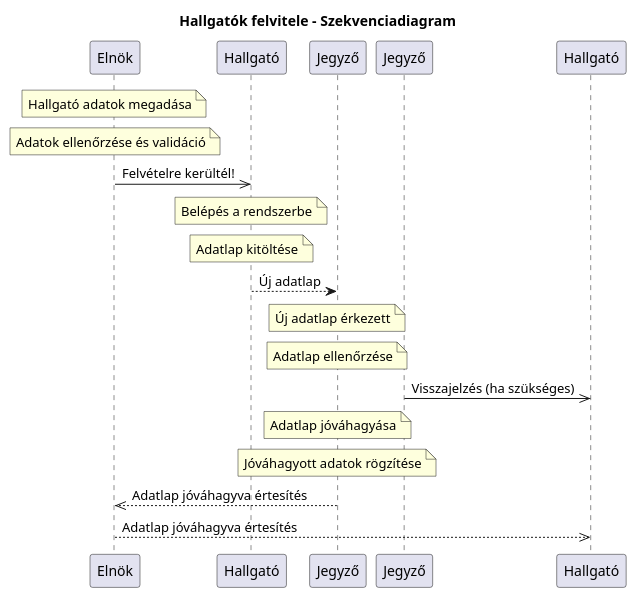
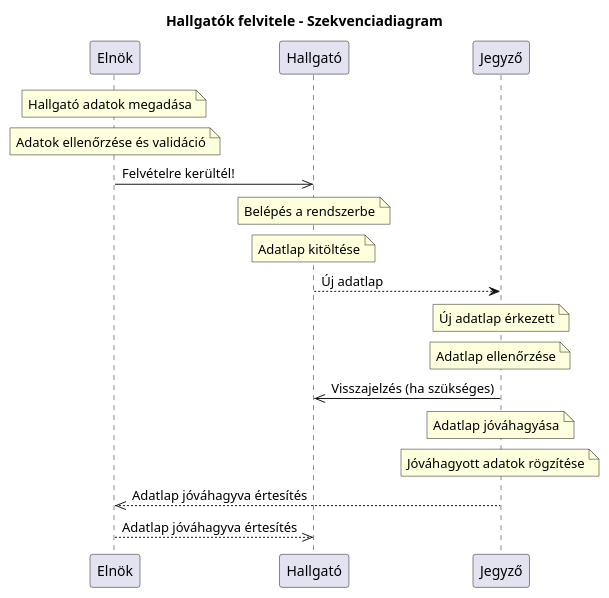
One commit to Ddavid111/Szakmai_Gyakorlat changed the third of 3 diagrams in docs/chapters/02.rst. Above: the diagram before and after it, drawn with PlantUML. The commit also changed 6 other files, not shown here.

```diff
--- a/docs/chapters/02.rst
+++ b/docs/chapters/02.rst
@@ -136,50 +136,50 @@
 .. plantuml::
     
     @startuml
     title Hallgatók felvitele - Szekvenciadiagram
 
     participant Elnök as E
     participant Hallgató as H
     participant Jegyző as J
 
     note over E
     Hallgató adatok megadása
     end note
     note over E
     Adatok ellenőrzése és validáció
     end note
 
     E->>H: Felvételre kerültél!
     
     note over H 
     Belépés a rendszerbe
     end note
     
     note over H 
     Adatlap kitöltése
     end note
     
     H-->J: Új adatlap
     
     note over J 
     Új adatlap érkezett
     end note
     
     note over J 
     Adatlap ellenőrzése
     end note
     
-    Jegyző->>Hallgató: Visszajelzés (ha szükséges)
+    J->>H: Visszajelzés (ha szükséges)
     
     note over J 
     Adatlap jóváhagyása
     end note
     
     note over J 
     Jóváhagyott adatok rögzítése
     end note
     
     J-->>E: Adatlap jóváhagyva értesítés
     
-    E-->>Hallgató: Adatlap jóváhagyva értesítés
+    E-->>H: Adatlap jóváhagyva értesítés
     @enduml
```
